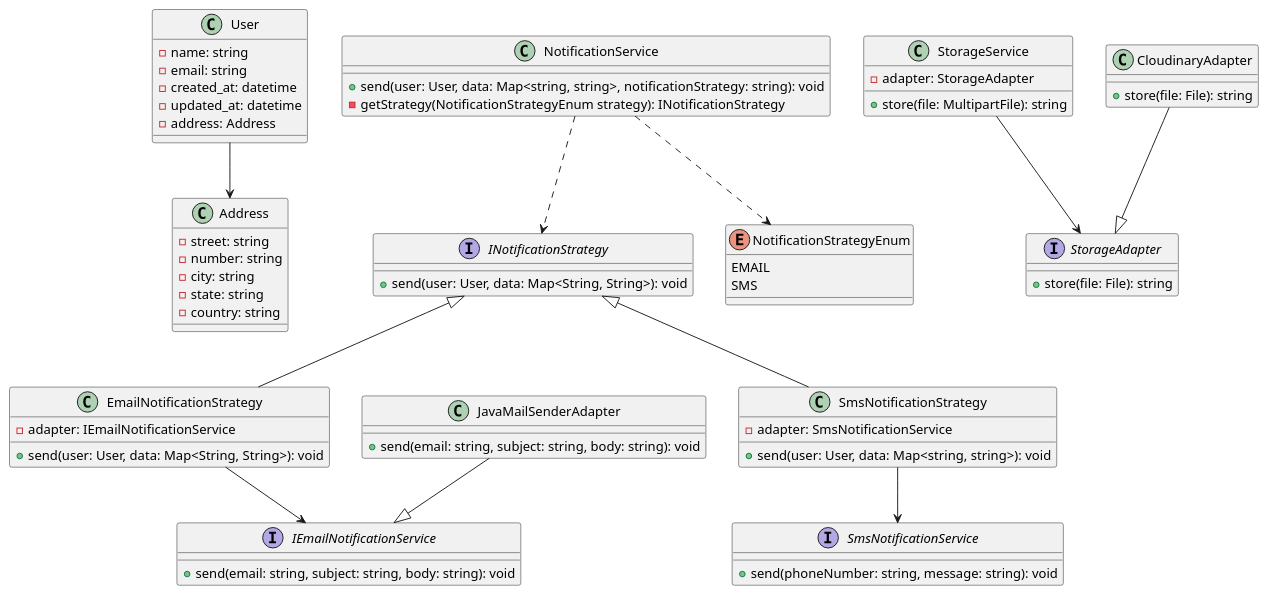
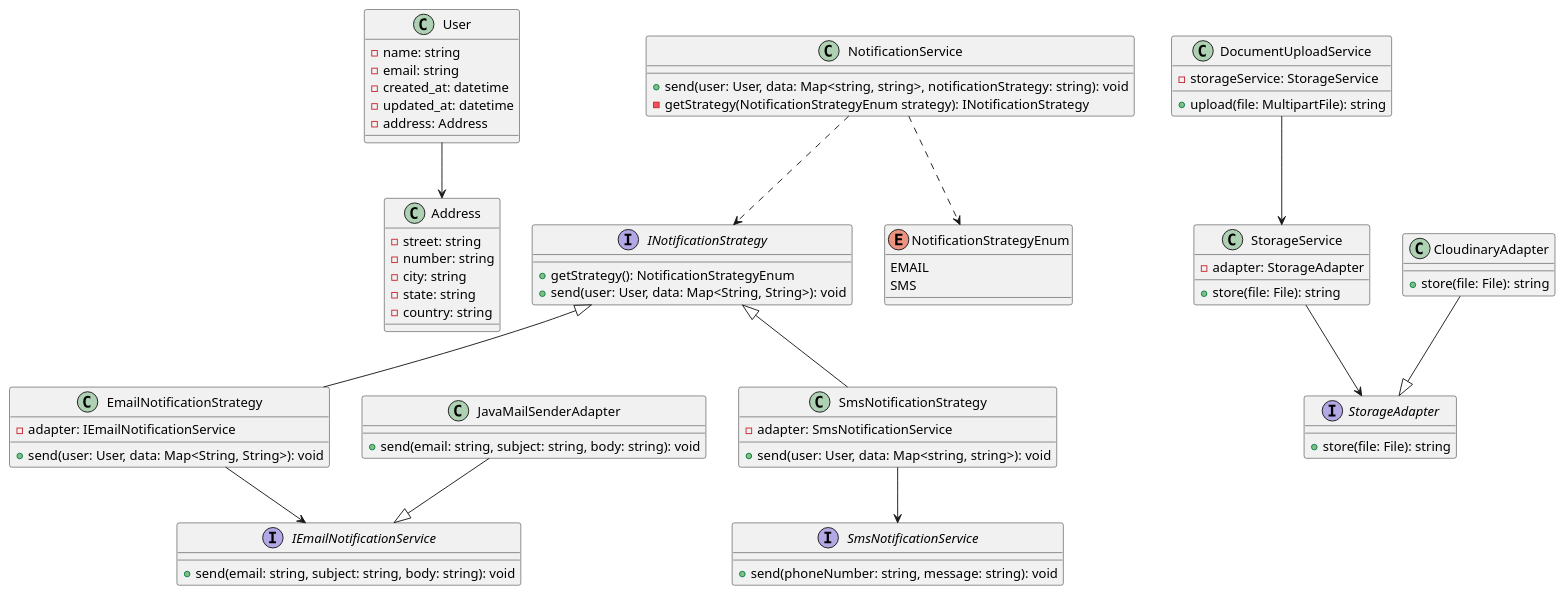
The diagram in documentation/class_diagram.puml (juavazquez/lightit-challenge), drawn with PlantUML before and after one commit. The commit also changed 29 other files, not shown here.

Commit message:
[email notification] finished integration - [document storage] finished integration

```diff
--- a/documentation/class_diagram.puml
+++ b/documentation/class_diagram.puml
@@ -1,79 +1,86 @@
 @startuml class_diagram
 
 class User {
     - name: string
     - email: string
     - created_at: datetime
     - updated_at: datetime
     - address: Address
 }
 User --> Address
 
 class Address {
     - street: string
     - number: string
     - city: string
     - state: string
     - country: string
 }
 
 class NotificationService {
     + send(user: User, data: Map<string, string>, notificationStrategy: string): void
     - getStrategy(NotificationStrategyEnum strategy): INotificationStrategy
 }
 NotificationService ..> INotificationStrategy
 NotificationService ..> NotificationStrategyEnum
 
 enum NotificationStrategyEnum {
     EMAIL
     SMS
 }
 
 interface INotificationStrategy {
+    + getStrategy(): NotificationStrategyEnum
     + send(user: User, data: Map<String, String>): void
 }
 INotificationStrategy <|-- EmailNotificationStrategy
 INotificationStrategy <|-- SmsNotificationStrategy
 
 class EmailNotificationStrategy {
     - adapter: IEmailNotificationService
     + send(user: User, data: Map<String, String>): void
 }
 EmailNotificationStrategy --> IEmailNotificationService
 
 class JavaMailSenderAdapter {
     + send(email: string, subject: string, body: string): void
 }
 JavaMailSenderAdapter --|> IEmailNotificationService
 
 interface IEmailNotificationService {
     + send(email: string, subject: string, body: string): void
 }
 
 class SmsNotificationStrategy {
     - adapter: SmsNotificationService
     + send(user: User, data: Map<string, string>): void
 }
 SmsNotificationStrategy --> SmsNotificationService
 
 interface SmsNotificationService {
     + send(phoneNumber: string, message: string): void
 }
 
+class DocumentUploadService {
+    - storageService: StorageService
+    + upload(file: MultipartFile): string
+}
+DocumentUploadService --> StorageService
+
 class StorageService {
     - adapter: StorageAdapter
-    + store(file: MultipartFile): string
+    + store(file: File): string
 }
 StorageService --> StorageAdapter
 
 interface StorageAdapter {
     + store(file: File): string
 }
 
 class CloudinaryAdapter {
     + store(file: File): string
 }
 CloudinaryAdapter --|> StorageAdapter
 
 
 @enduml
```
